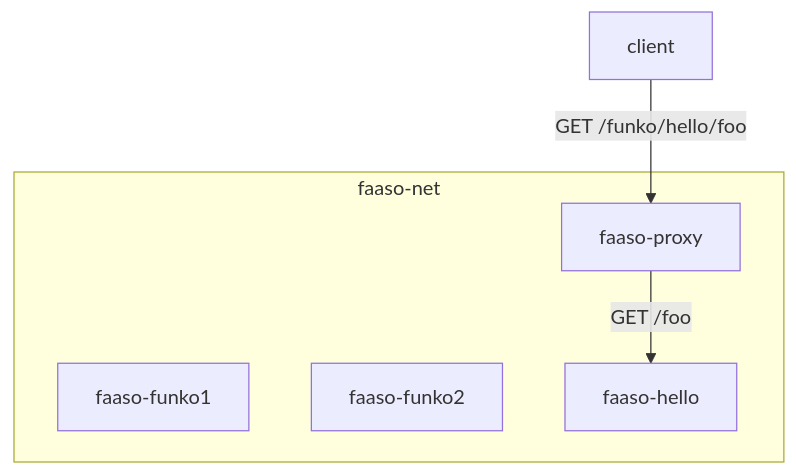
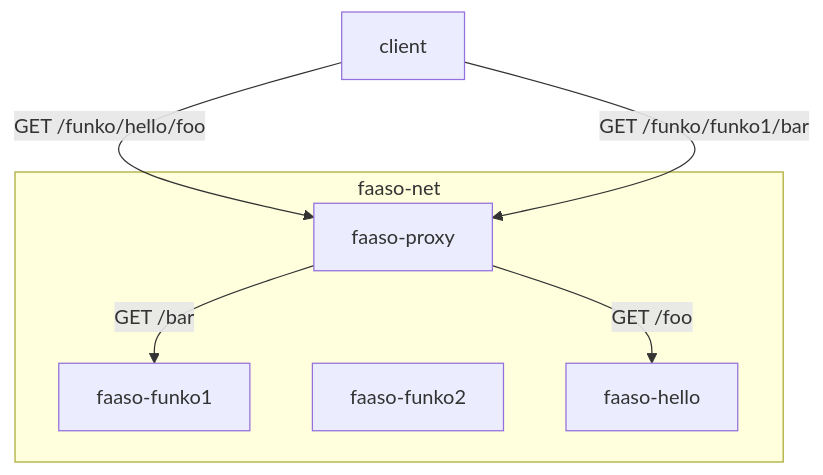
Before and after one commit to ralsina/faaso: the second of 2 diagrams in docs/funkos.md, drawn with Mermaid.

````diff
--- a/docs/funkos.md
+++ b/docs/funkos.md
@@ -59,13 +59,15 @@
 ```mermaid
 flowchart TD
 subgraph faaso-net
     faaso-proxy
     faaso-funko1
     faaso-funko2
     faaso-hello
 end
 
 client -- GET /funko/hello/foo --> faaso-proxy
+client -- GET /funko/funko1/bar --> faaso-proxy
 
 faaso-proxy -- GET /foo --> faaso-hello
+faaso-proxy -- GET /bar --> faaso-funko1
 ```
````
